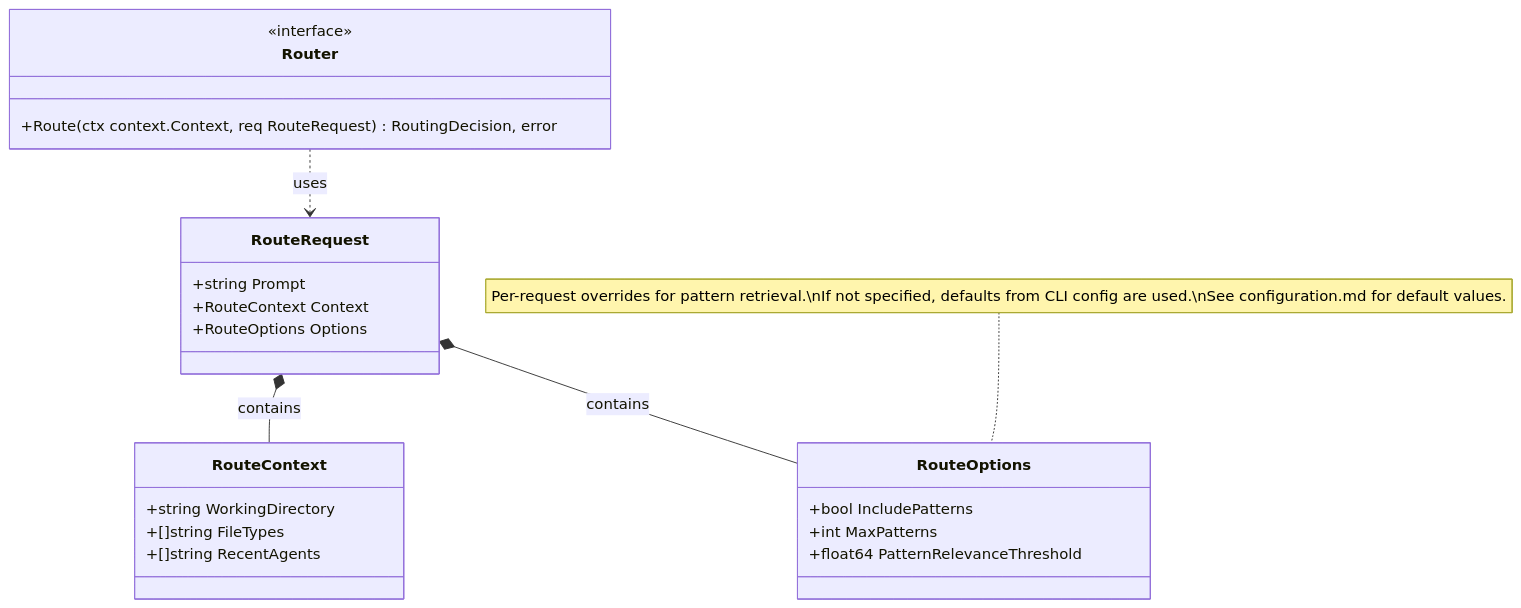
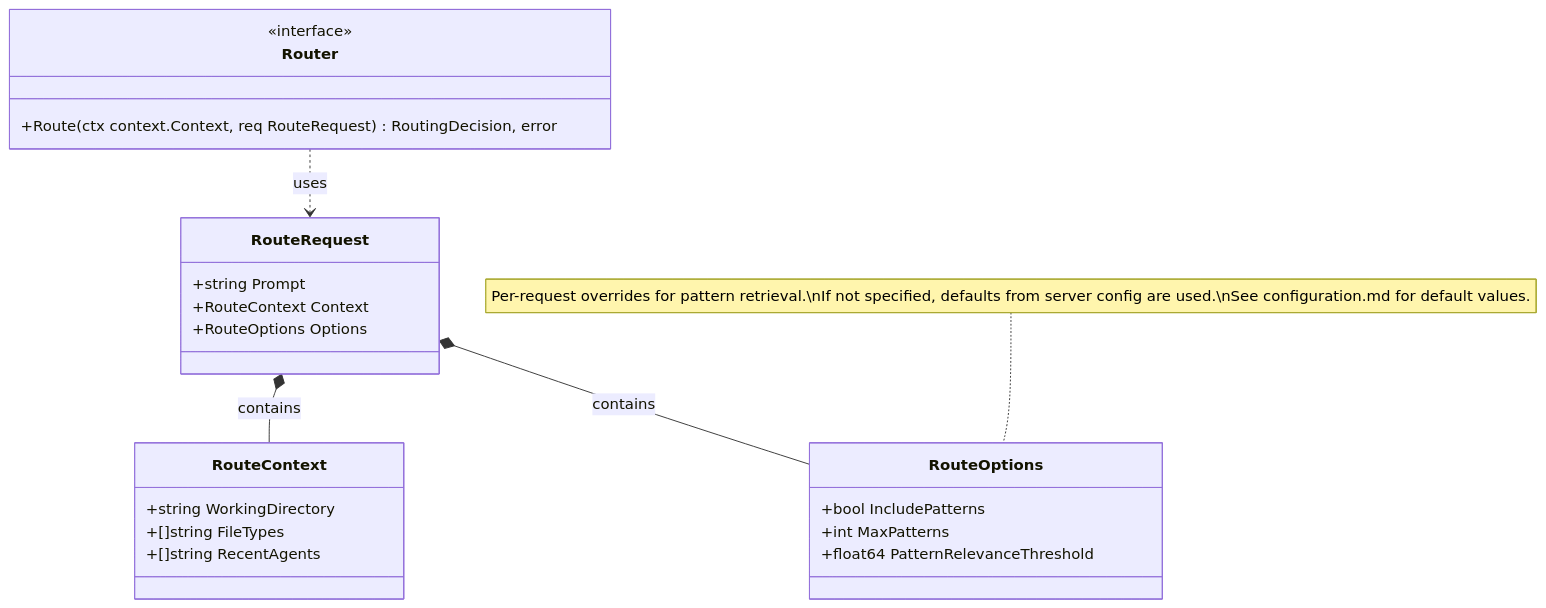
One commit to twistingmercury/mnemonic-mcp changed the first of 19 diagrams in docs/design/mnemonic_service/routing-engine.md. Above: the diagram before and after it, drawn with Mermaid. The commit also changed other lines of this file and 12 other files, not shown here.

````diff
--- a/docs/design/mnemonic_service/routing-engine.md
+++ b/docs/design/mnemonic_service/routing-engine.md
@@ -82,31 +82,31 @@
 ```mermaid
 classDiagram
     class Router {
         <<interface>>
         +Route(ctx context.Context, req RouteRequest) RoutingDecision, error
     }
 
     class RouteRequest {
         +string Prompt
         +RouteContext Context
         +RouteOptions Options
     }
 
     class RouteContext {
         +string WorkingDirectory
         +[]string FileTypes
         +[]string RecentAgents
     }
 
     class RouteOptions {
         +bool IncludePatterns
         +int MaxPatterns
         +float64 PatternRelevanceThreshold
     }
 
-    note for RouteOptions "Per-request overrides for pattern retrieval.\nIf not specified, defaults from CLI config are used.\nSee configuration.md for default values."
+    note for RouteOptions "Per-request overrides for pattern retrieval.\nIf not specified, defaults from server config are used.\nSee configuration.md for default values."
 
     Router ..> RouteRequest : uses
     RouteRequest *-- RouteContext : contains
     RouteRequest *-- RouteOptions : contains
 ```
````
